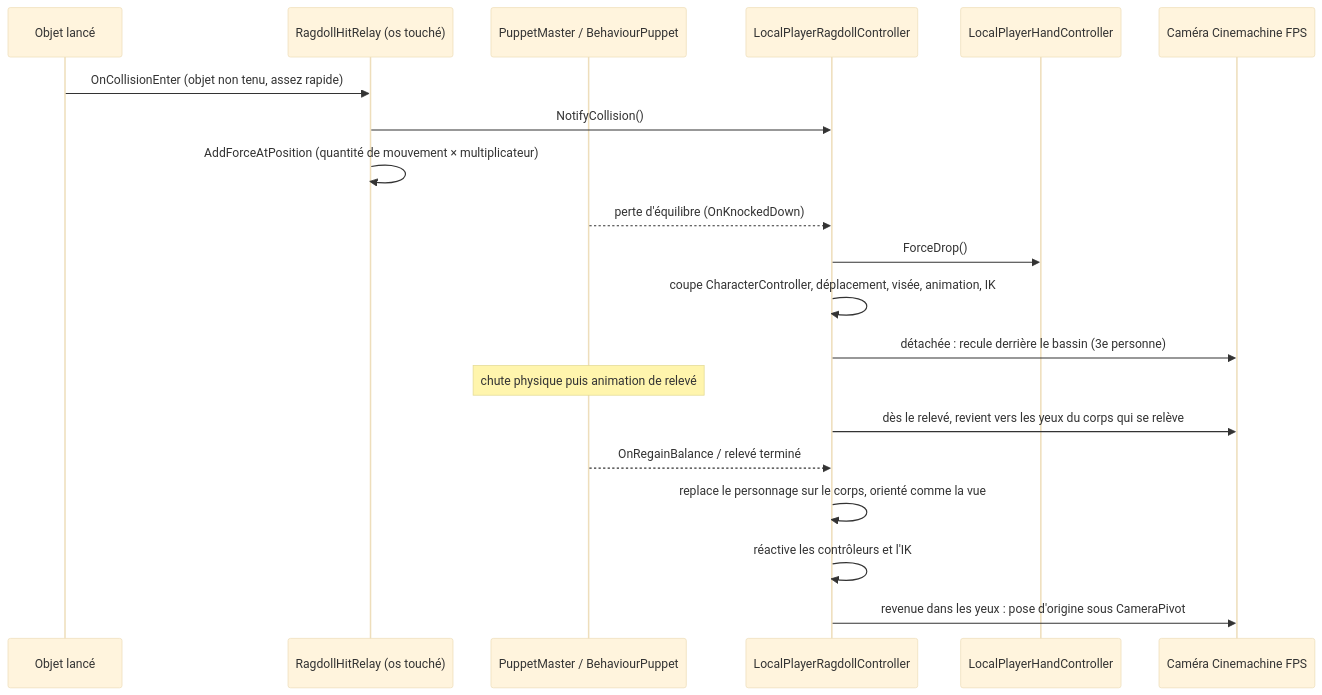
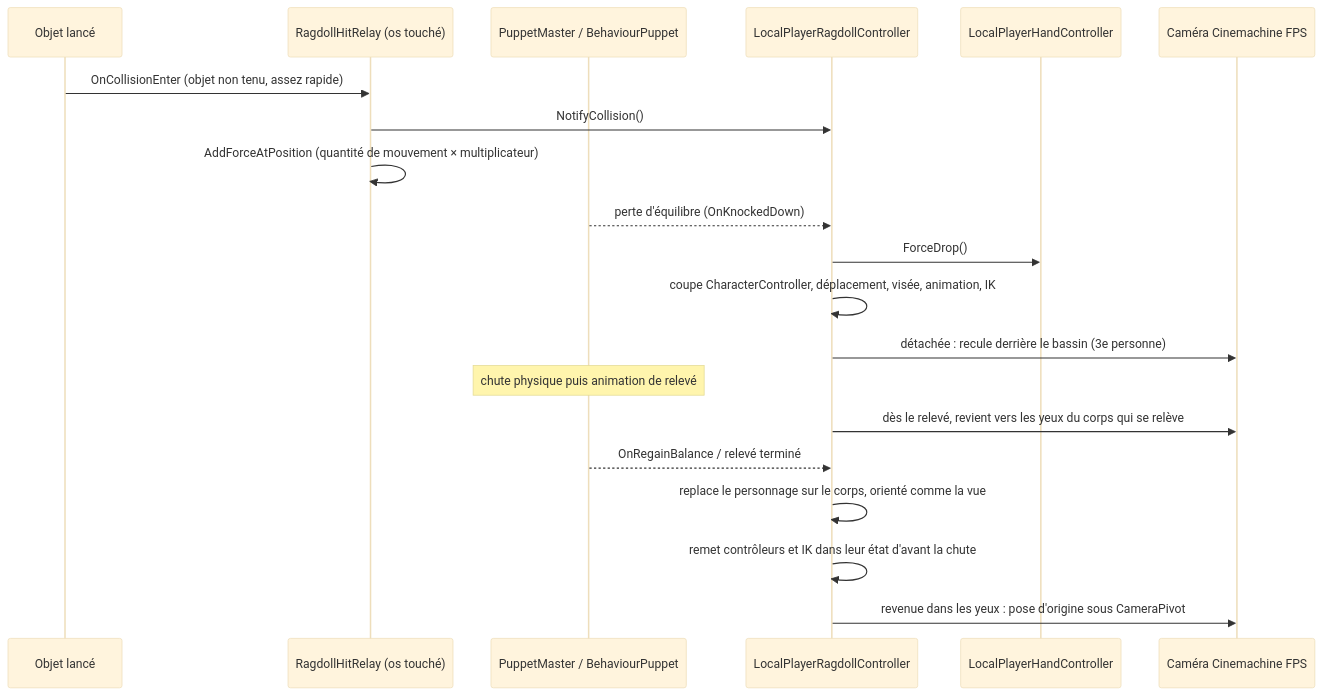
The seventh of 7 diagrams in docs/content/tech/sequences.md (FlackyBoy/UntitledPoolgame), drawn with Mermaid (base theme) before and after one commit. The commit also changed 9 other files, not shown here.

````diff
--- a/docs/content/tech/sequences.md
+++ b/docs/content/tech/sequences.md
@@ -217,23 +217,23 @@
 ```mermaid
 sequenceDiagram
   participant O as Objet lancé
   participant HR as RagdollHitRelay (os touché)
   participant PM as PuppetMaster / BehaviourPuppet
   participant RC as LocalPlayerRagdollController
   participant H as LocalPlayerHandController
   participant CAM as Caméra Cinemachine FPS
 
   O->>HR: OnCollisionEnter (objet non tenu, assez rapide)
   HR->>RC: NotifyCollision()
   HR->>HR: AddForceAtPosition (quantité de mouvement × multiplicateur)
   PM-->>RC: perte d'équilibre (OnKnockedDown)
   RC->>H: ForceDrop()
   RC->>RC: coupe CharacterController, déplacement, visée, animation, IK
   RC->>CAM: détachée : recule derrière le bassin (3e personne)
   Note over PM: chute physique puis animation de relevé
   RC->>CAM: dès le relevé, revient vers les yeux du corps qui se relève
   PM-->>RC: OnRegainBalance / relevé terminé
   RC->>RC: replace le personnage sur le corps, orienté comme la vue
-  RC->>RC: réactive les contrôleurs et l'IK
+  RC->>RC: remet contrôleurs et IK dans leur état d'avant la chute
   RC->>CAM: revenue dans les yeux : pose d'origine sous CameraPivot
 ```
````
